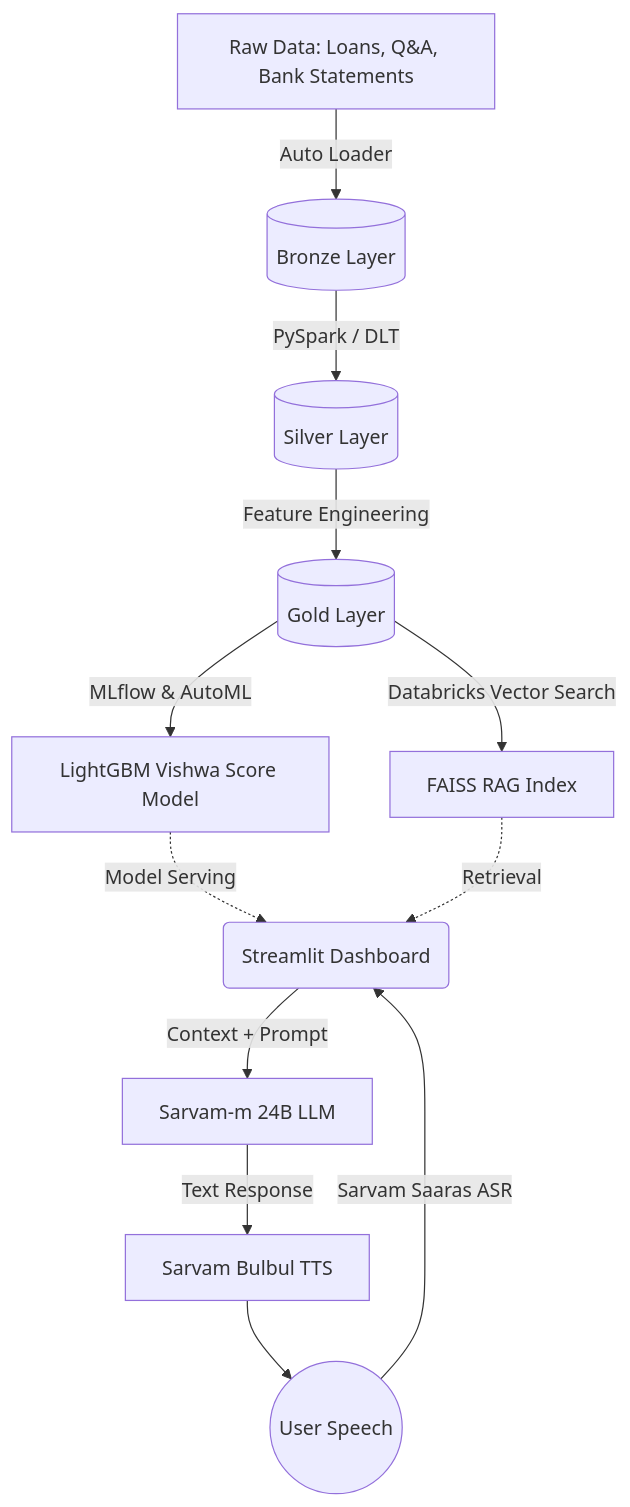
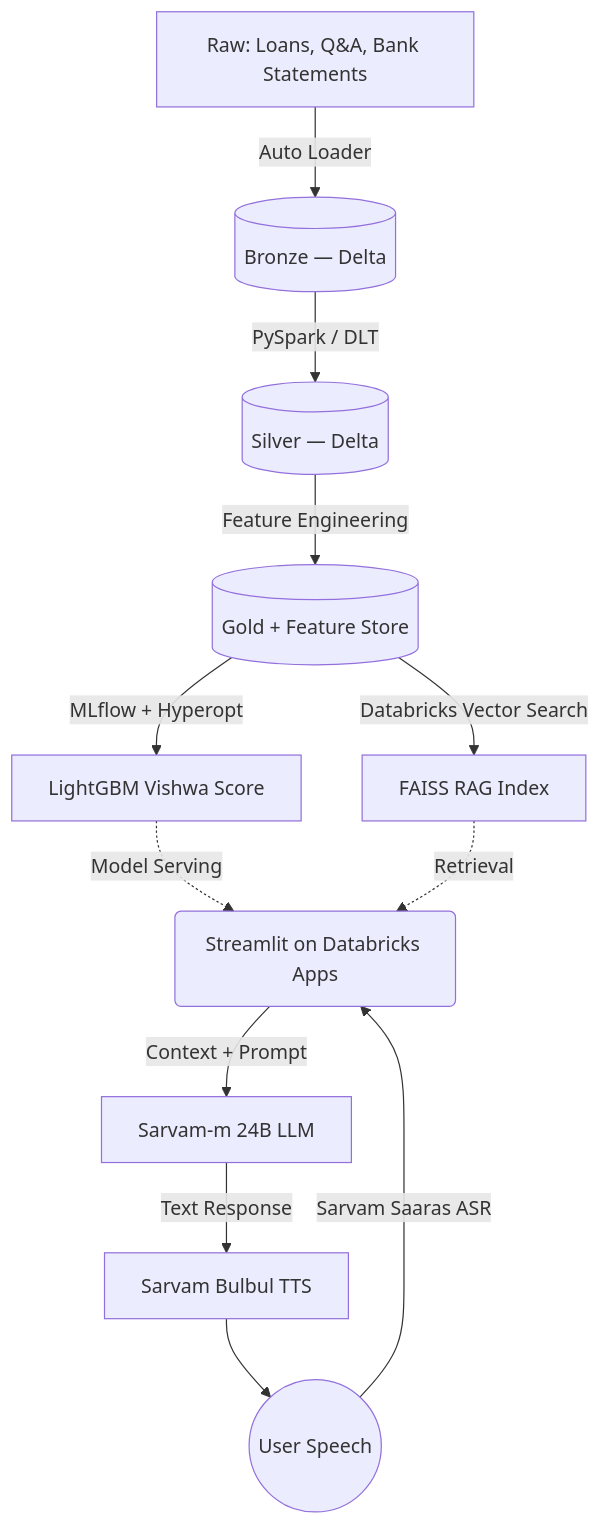
One commit to aryamanbhati/vishwa-score changed the diagram in README.md. Above: the diagram before and after it, drawn with Mermaid. The commit also changed other lines of this file and 18 other files, not shown here.

````diff
--- a/README.md
+++ b/README.md
@@ -14,23 +41,17 @@
 ```mermaid
 graph TD
-    %% Data Ingestion
-    A[Raw Data: Loans, Q&A, Bank Statements] -->|Auto Loader| B[(Bronze Layer)]
-    
-    %% Processing
-    B -->|PySpark / DLT| C[(Silver Layer)]
-    C -->|Feature Engineering| D[(Gold Layer)]
-    
-    %% ML & Search
-    D -->|MLflow & AutoML| E[LightGBM Vishwa Score Model]
+    A[Raw: Loans, Q&A, Bank Statements] -->|Auto Loader| B[(Bronze — Delta)]
+    B -->|PySpark / DLT| C[(Silver — Delta)]
+    C -->|Feature Engineering| D[(Gold + Feature Store)]
+
+    D -->|MLflow + Hyperopt| E[LightGBM Vishwa Score]
     D -->|Databricks Vector Search| F[FAISS RAG Index]
-    
-    %% Application Layer
-    E -.->|Model Serving| G(Streamlit Dashboard)
+
+    E -.->|Model Serving| G(Streamlit on Databricks Apps)
     F -.->|Retrieval| G
-    
-    %% User Interaction
+
     U((User Speech)) -->|Sarvam Saaras ASR| G
     G -->|Context + Prompt| H[Sarvam-m 24B LLM]
     H -->|Text Response| I[Sarvam Bulbul TTS]
     I --> U
 ```
````
